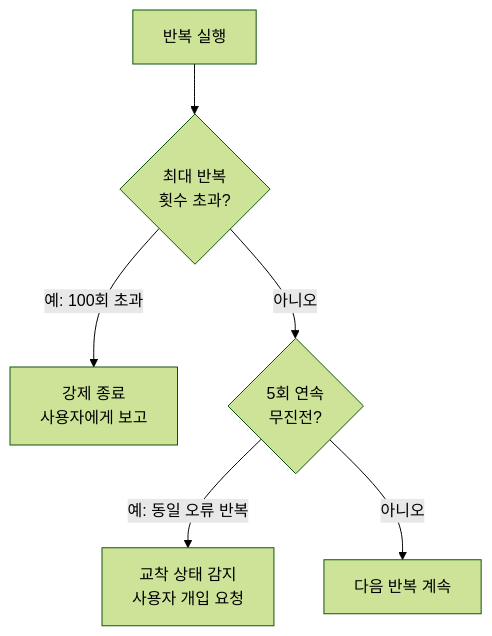
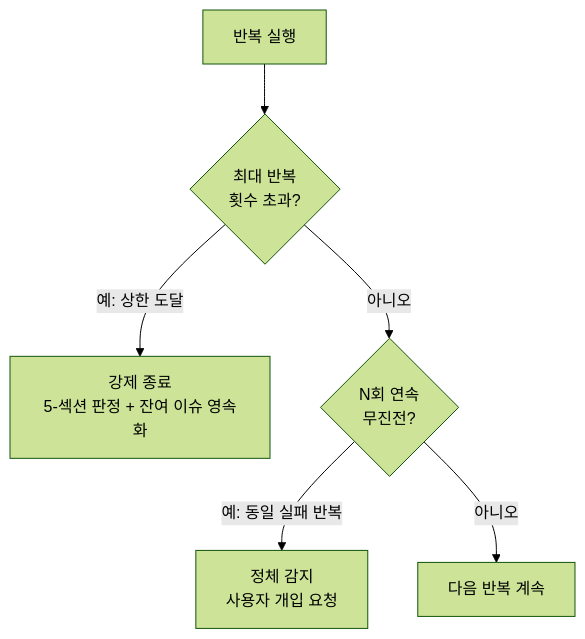
Before and after one commit to modu-ai/moai-adk: the second of 4 diagrams in docs-site/content/ko/utility-commands/moai-loop.md, drawn with Mermaid (forest theme). The commit also changed other lines of this file and 180 other files, not shown here.

````diff
--- a/docs-site/content/ko/utility-commands/moai-loop.md
+++ b/docs-site/content/ko/utility-commands/moai-loop.md
@@ -150,8 +162,8 @@
 ```mermaid
 flowchart TD
     A[반복 실행] --> B{최대 반복<br/>횟수 초과?}
-    B -->|예: 100회 초과| C["강제 종료<br/>사용자에게 보고"]
-    B -->|아니오| D{5회 연속<br/>무진전?}
-    D -->|예: 동일 오류 반복| E["교착 상태 감지<br/>사용자 개입 요청"]
+    B -->|예: 상한 도달| C["강제 종료<br/>5-섹션 판정 + 잔여 이슈 영속화"]
+    B -->|아니오| D{N회 연속<br/>무진전?}
+    D -->|예: 동일 실패 반복| E["정체 감지<br/>사용자 개입 요청"]
     D -->|아니오| F[다음 반복 계속]
 ```
````
